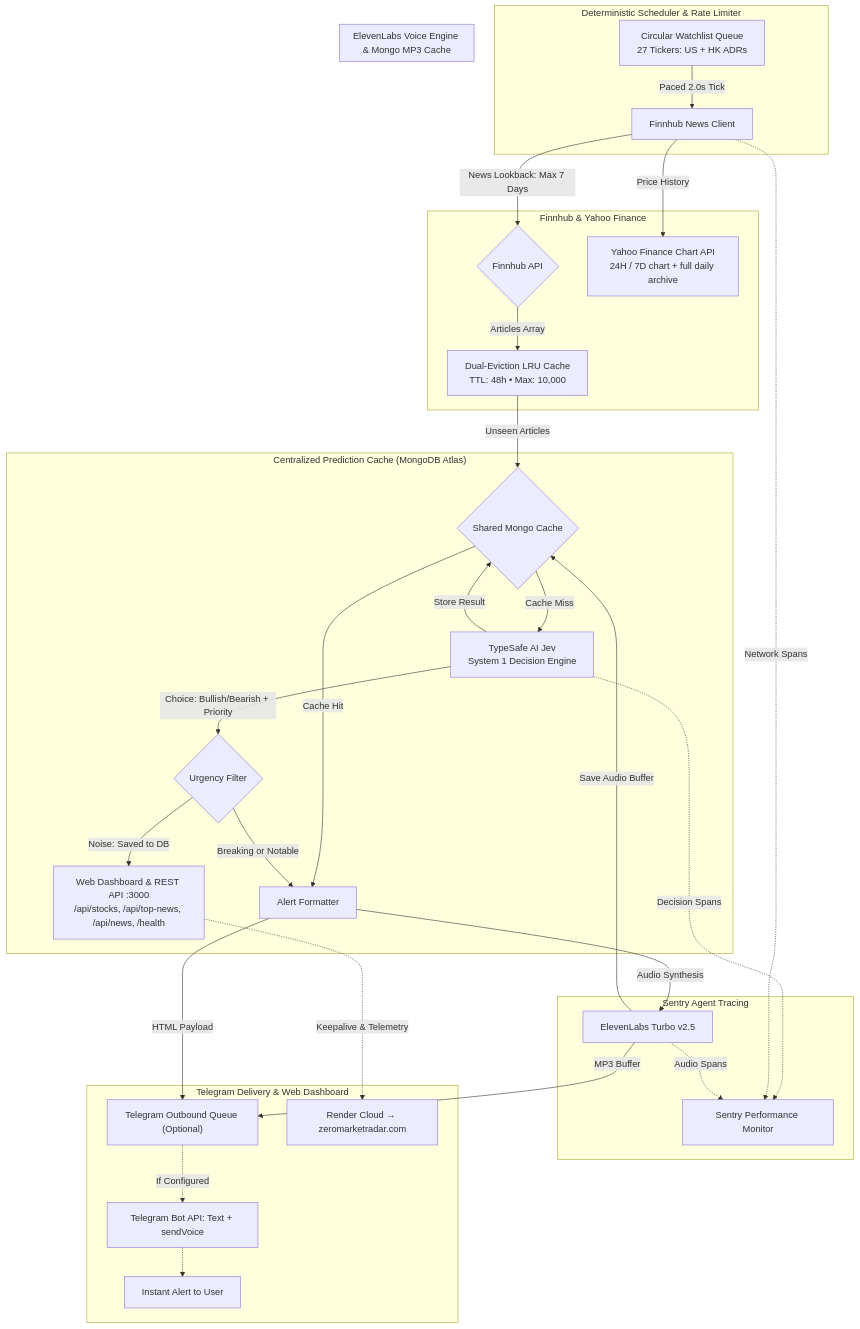
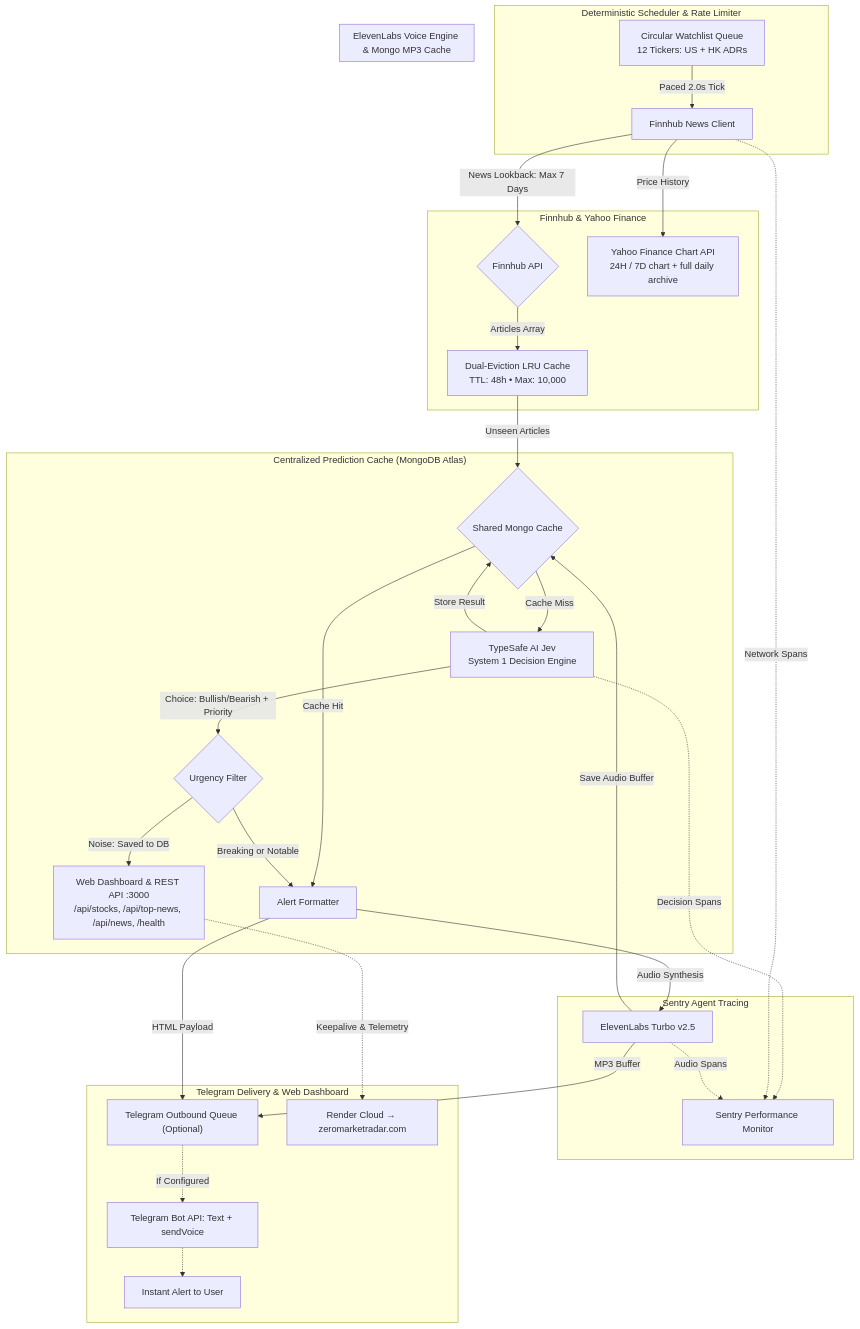
The diagram in README.md (ntsd/stock-news-alert), drawn with Mermaid before and after one commit. The commit also changed other lines of this file and 12 other files, not shown here.

````diff
--- a/README.md
+++ b/README.md
@@ -44,41 +44,41 @@
 ```mermaid
 flowchart TD
     subgraph Scheduler ["Deterministic Scheduler & Rate Limiter"]
-        A["Circular Watchlist Queue<br/>27 Tickers: US + HK ADRs"] -->|Paced 2.0s Tick| B["Finnhub News Client"]
+        A["Circular Watchlist Queue<br/>12 Tickers: US + HK ADRs"] -->|Paced 2.0s Tick| B["Finnhub News Client"]
     end
 
     subgraph External ["Finnhub & Yahoo Finance"]
         B -->|News Lookback: Max 7 Days| C{"Finnhub API"}
         C -->|Articles Array| D["Dual-Eviction LRU Cache<br/>TTL: 48h • Max: 10,000"]
         B -->|Price History| YF["Yahoo Finance Chart API<br/>24H / 7D chart + full daily archive"]
     end
 
     subgraph Storage ["Centralized Prediction Cache (MongoDB Atlas)"]
         D -->|Unseen Articles| M{"Shared Mongo Cache"}
         M -->|Cache Hit| G["Alert Formatter"]
         M -->|Cache Miss| E["TypeSafe AI Jev<br/>System 1 Decision Engine"]
         E -->|Store Result| M
         E -->|Choice: Bullish/Bearish + Priority| F{"Urgency Filter"}
         F -->|Noise: Saved to DB| K
         F -->|Breaking or Notable| G
     end
 
     subgraph Observability ["Sentry Agent Tracing"]
         E -.->|Decision Spans| S["Sentry Performance Monitor"]
         B -.->|Network Spans| S
         EL -.->|Audio Spans| S
     end
 
     subgraph Audio ["ElevenLabs Voice Engine & Mongo MP3 Cache"]
         G -->|Audio Synthesis| EL["ElevenLabs Turbo v2.5"]
         EL -->|Save Audio Buffer| M
     end
 
     subgraph Delivery ["Telegram Delivery & Web Dashboard"]
         EL -->|MP3 Buffer| H["Telegram Outbound Queue (Optional)"]
         G -->|HTML Payload| H
         H -.->|If Configured| I["Telegram Bot API: Text + sendVoice"]
         I -.-> J["Instant Alert to User"]
         K["Web Dashboard & REST API :3000<br/>/api/stocks, /api/top-news, /api/news, /health"] -.->|Keepalive & Telemetry| L["Render Cloud → zeromarketradar.com"]
     end
 ```
````
